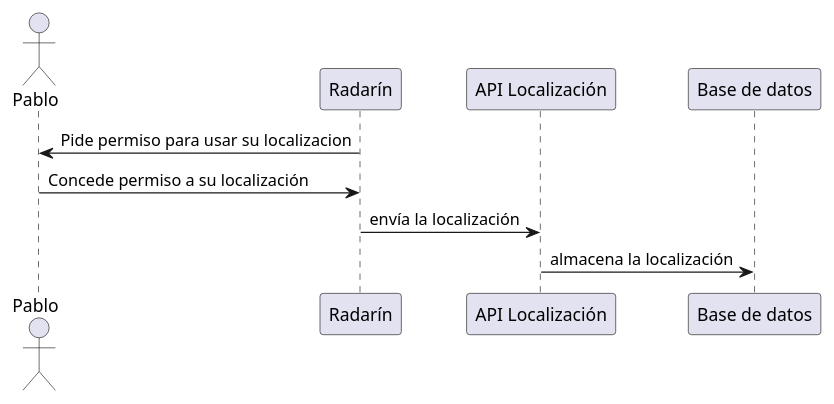
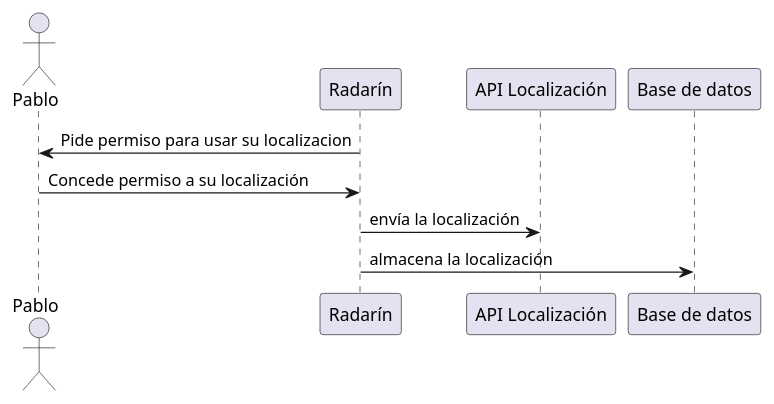
The fifth of 6 diagrams in webapp/docs/06_runtime_view.adoc (Arquisoft/radarin_es4a), drawn with PlantUML before and after one commit. The commit also changed other lines of this file, not shown here.

```diff
--- a/webapp/docs/06_runtime_view.adoc
+++ b/webapp/docs/06_runtime_view.adoc
@@ -111,11 +111,11 @@
 [plantuml,"compartir_ubicacion",png]
 ----
 actor Pablo
 participant  "Radarín"
 participant "API Localización"
 participant "Base de datos"
 "Radarín" -> Pablo: Pide permiso para usar su localizacion
 Pablo -> "Radarín": Concede permiso a su localización
 "Radarín" -> "API Localización": envía la localización
-"API Localización" -> "Base de datos": almacena la localización
+"Radarín" -> "Base de datos": almacena la localización
 ----
```
